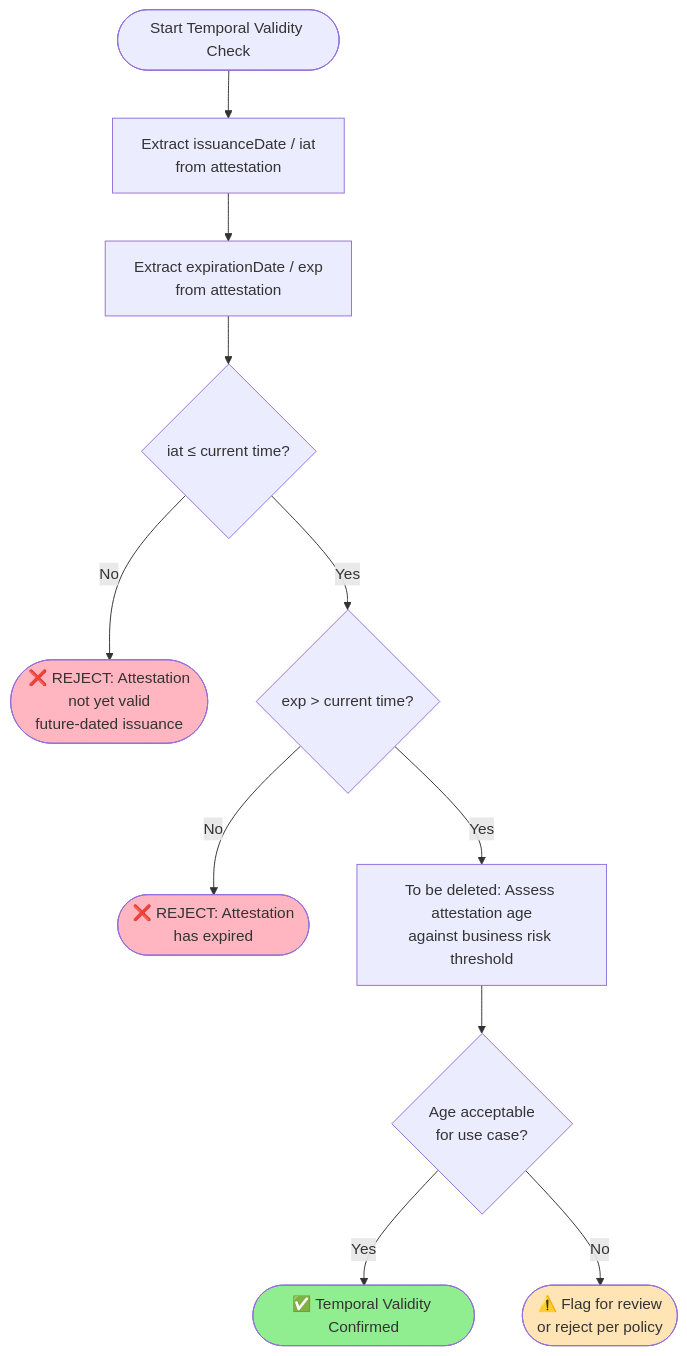
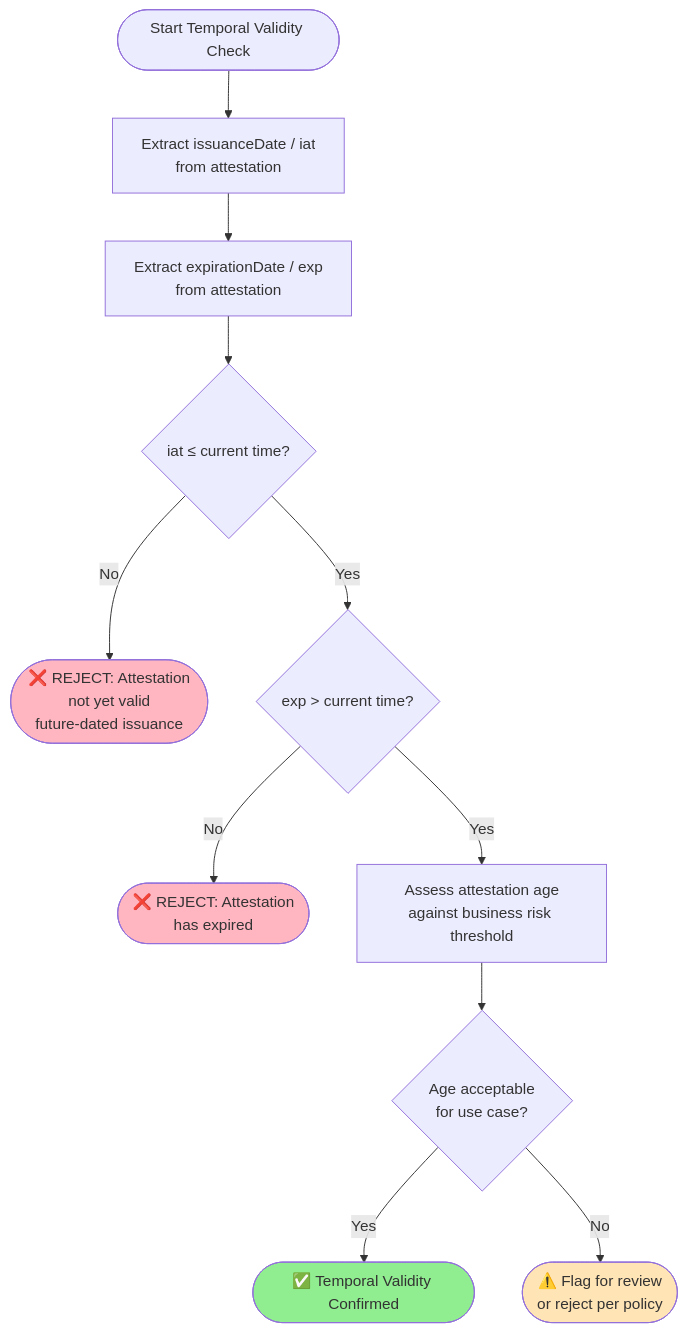
The fourth of 7 diagrams in rulebooks/rb-base/verifier-base-verification.md (webuild-consortium/webuild-attestation-rulebooks-catalog), drawn with Mermaid before and after one commit. The commit also changed other lines of this file and 3 other files, not shown here.

````diff
--- a/rulebooks/rb-base/verifier-base-verification.md
+++ b/rulebooks/rb-base/verifier-base-verification.md
@@ -264,18 +190,18 @@
 ```mermaid
 flowchart TD
 A([Start Temporal Validity Check]) --> B[Extract issuanceDate / iat\nfrom attestation]
 B --> C[Extract expirationDate / exp\nfrom attestation]
 C --> D{iat ≤ current time?}
 D -- No --> E([❌ REJECT: Attestation\nnot yet valid\nfuture-dated issuance])
 D -- Yes --> F{exp > current time?}
 F -- No --> G([❌ REJECT: Attestation\nhas expired])
-F -- Yes --> H[To be deleted: Assess attestation age\nagainst business risk threshold]
+F -- Yes --> H[Assess attestation age\nagainst business risk threshold]
 H --> I{Age acceptable\nfor use case?}
 I -- Yes --> J([✅ Temporal Validity Confirmed])
 I -- No --> K([⚠️ Flag for review\nor reject per policy])
 
     style J fill:#90EE90
     style E fill:#FFB6C1
     style G fill:#FFB6C1
     style K fill:#FFE4B5
 ```
````
